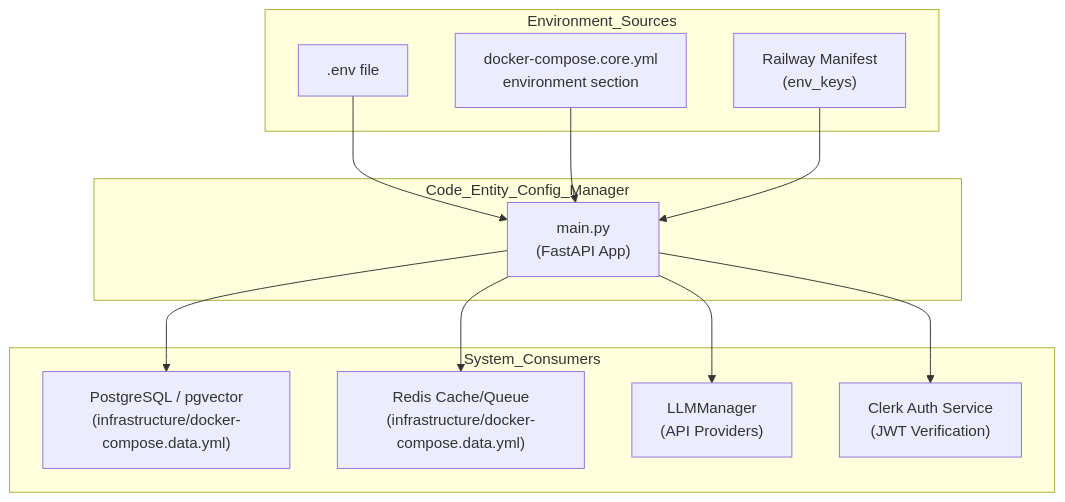
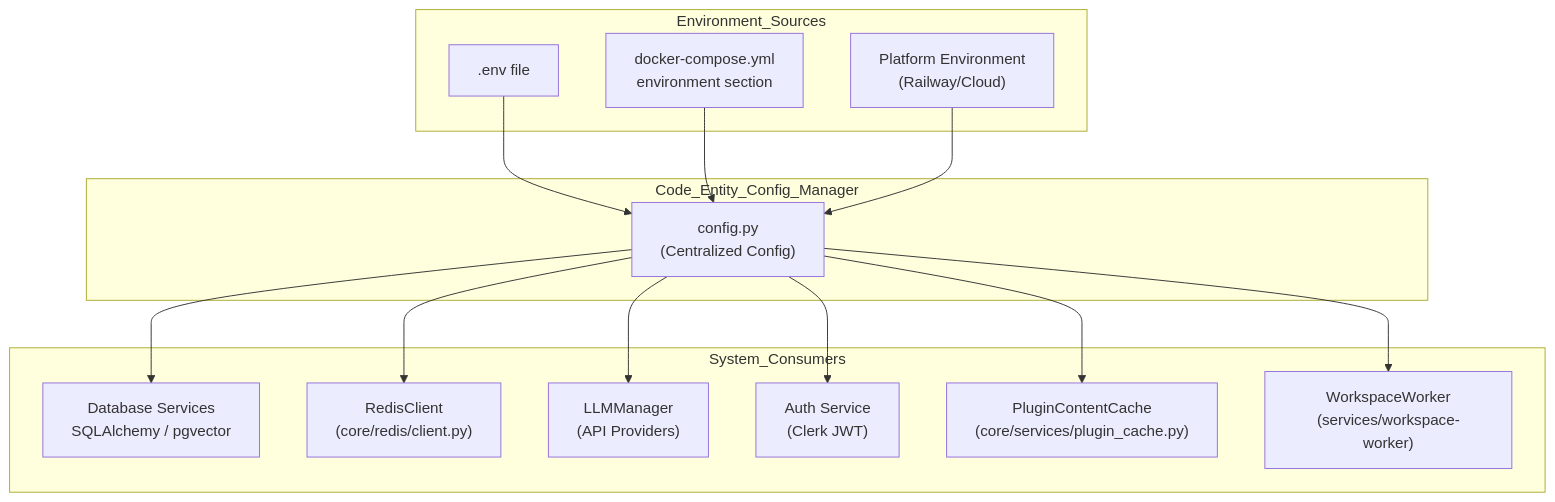
One commit to AutomatosAI/automatos-ai changed the first of 2 diagrams in docs/deployment-infrastructure/environment-variables.md. Above: the diagram before and after it, drawn with Mermaid. The commit also changed other lines of this file and 153 other files, not shown here.

````diff
--- a/docs/deployment-infrastructure/environment-variables.md
+++ b/docs/deployment-infrastructure/environment-variables.md
@@ -53,28 +48,32 @@
 ```mermaid
 graph TB
     subgraph "Environment_Sources"
         EnvFile[".env file"]
-        ComposeEnv["docker-compose.core.yml<br/>environment section"]
-        PlatformEnv["Railway Manifest<br/>(env_keys)"]
+        ComposeEnv["docker-compose.yml<br/>environment section"]
+        PlatformEnv["Platform Environment<br/>(Railway/Cloud)"]
     end
     
     subgraph "Code_Entity_Config_Manager"
-        ConfigModule["main.py<br/>(FastAPI App)"]
+        ConfigModule["config.py<br/>(Centralized Config)"]
     end
     
     EnvFile --> ConfigModule
     ComposeEnv --> ConfigModule
     PlatformEnv --> ConfigModule
     
     subgraph "System_Consumers"
-        DB["PostgreSQL / pgvector<br/>(infrastructure/docker-compose.data.yml)"]
-        RedisSvc["Redis Cache/Queue<br/>(infrastructure/docker-compose.data.yml)"]
+        DB["Database Services<br/>SQLAlchemy / pgvector"]
+        RedisSvc["RedisClient<br/>(core/redis/client.py)"]
         LLM["LLMManager<br/>(API Providers)"]
-        Auth["Clerk Auth Service<br/>(JWT Verification)"]
+        Auth["Auth Service<br/>(Clerk JWT)"]
+        PluginSvc["PluginContentCache<br/>(core/services/plugin_cache.py)"]
+        WorkspaceWorker["WorkspaceWorker<br/>(services/workspace-worker)"]
     end
     
     ConfigModule --> DB
     ConfigModule --> RedisSvc
     ConfigModule --> LLM
     ConfigModule --> Auth
+    ConfigModule --> PluginSvc
+    ConfigModule --> WorkspaceWorker
 ```
````
